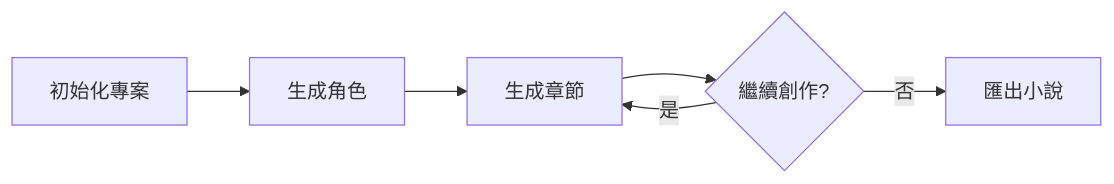
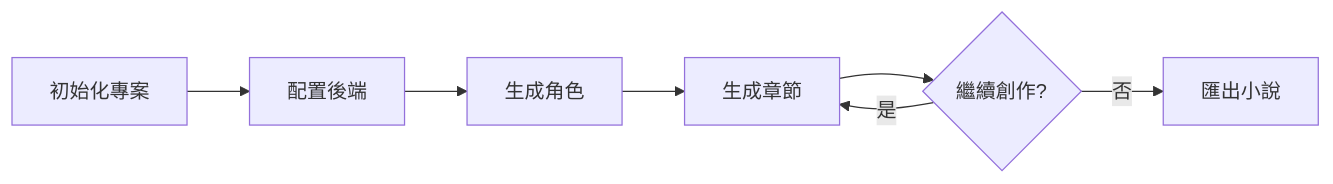
Before and after one commit to voilelab/gonovelmaker: the diagram in docs/cli/overview.md, drawn with Mermaid. The commit also changed other lines of this file and 3 other files, not shown here.

````diff
--- a/docs/cli/overview.md
+++ b/docs/cli/overview.md
@@ -93,8 +105,9 @@
 ```mermaid
 graph LR
-    A[初始化專案] --> B[生成角色]
-    B --> C[生成章節]
-    C --> D{繼續創作?}
-    D -->|是| C
-    D -->|否| E[匯出小說]
+    A[初始化專案] --> B[配置後端]
+    B --> C[生成角色]
+    C --> D[生成章節]
+    D --> E{繼續創作?}
+    E -->|是| D
+    E -->|否| F[匯出小說]
 ```
````
